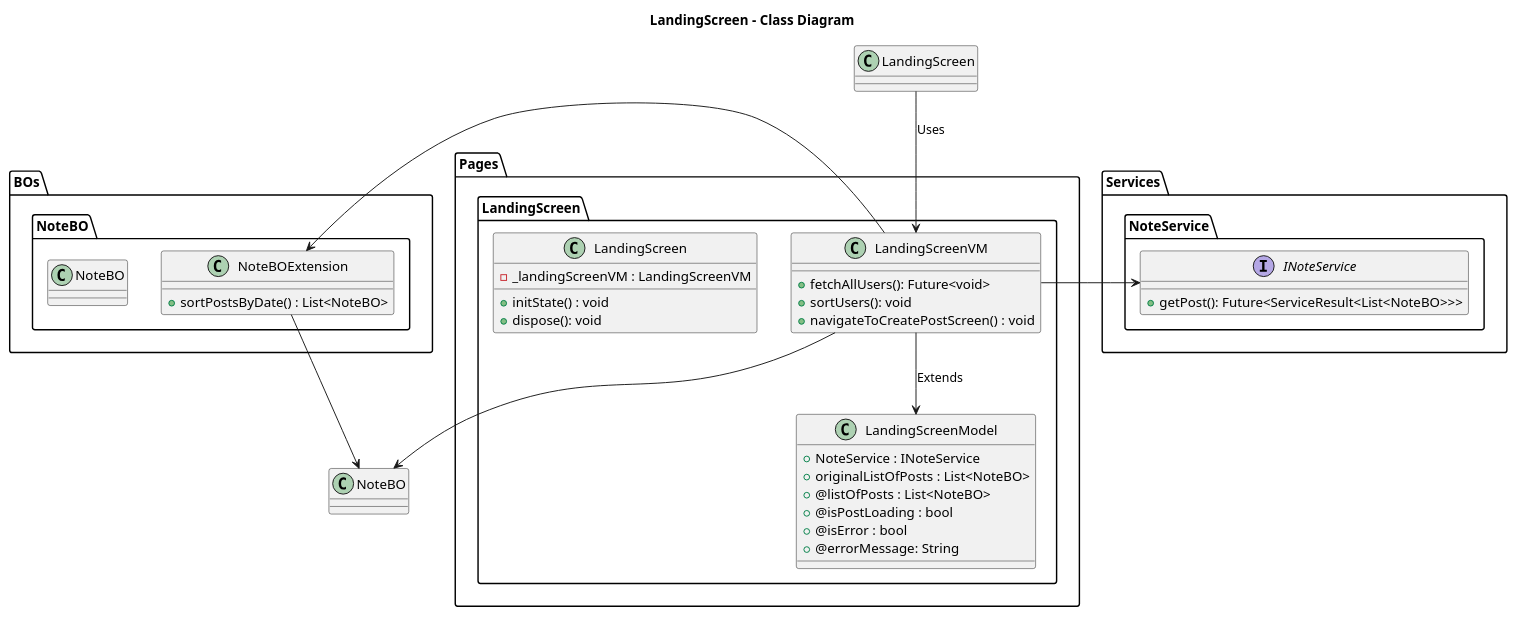
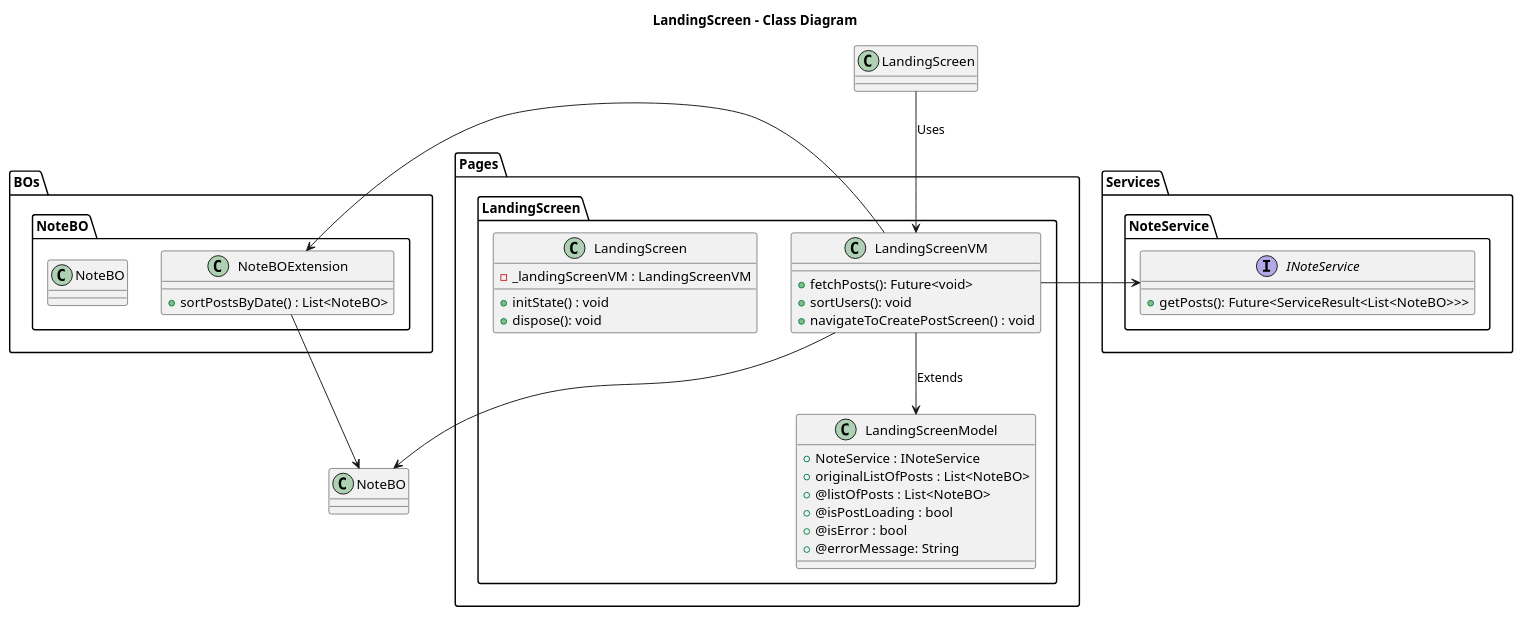
The diagram in lib/Pages/LandingScreen/Design/LandingScreen-Class.puml (ThirumuruganArumugam/social_media), drawn with PlantUML before and after one commit. The commit also changed 3 other files, not shown here.

```diff
--- a/lib/Pages/LandingScreen/Design/LandingScreen-Class.puml
+++ b/lib/Pages/LandingScreen/Design/LandingScreen-Class.puml
@@ -1,52 +1,52 @@
 @startuml LandingScreen - Class
 
 title **LandingScreen - Class Diagram**
 
 package Pages{
     package LandingScreen{
         class LandingScreenModel{
             + NoteService : INoteService
             + originalListOfPosts : List<NoteBO>
             + @listOfPosts : List<NoteBO>
             + @isPostLoading : bool
             + @isError : bool
             + @errorMessage: String
         }
         class LandingScreenVM{
-            + fetchAllUsers(): Future<void>
+            + fetchPosts(): Future<void>
             + sortUsers(): void
             + navigateToCreatePostScreen() : void
         }
         class LandingScreen{
             - _landingScreenVM : LandingScreenVM
             + initState() : void
             + dispose(): void
         }
     }
 }
 
 package BOs{
     package NoteBO{
         class NoteBO{
         }
         class NoteBOExtension{
             + sortPostsByDate() : List<NoteBO>
         }
     }
 }
 
 package Services{
     package NoteService{
         interface INoteService{
-            + getPost(): Future<ServiceResult<List<NoteBO>>>
+            + getPosts(): Future<ServiceResult<List<NoteBO>>>
         }
     }
 }
 
 LandingScreenVM --> LandingScreenModel : Extends
 LandingScreen --> LandingScreenVM: Uses
 LandingScreenVM --> NoteBO
 NoteBOExtension --> NoteBO
 LandingScreenVM -> NoteBOExtension
 LandingScreenVM -> INoteService
 @enduml
```
